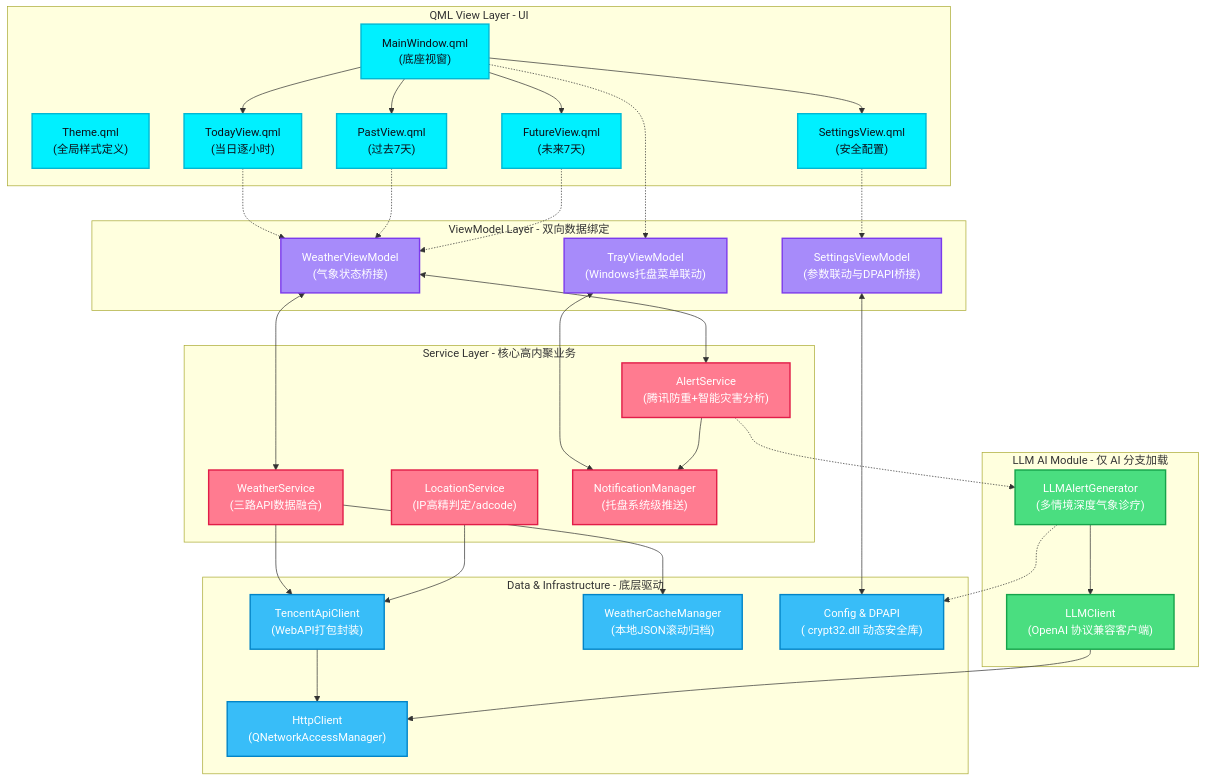
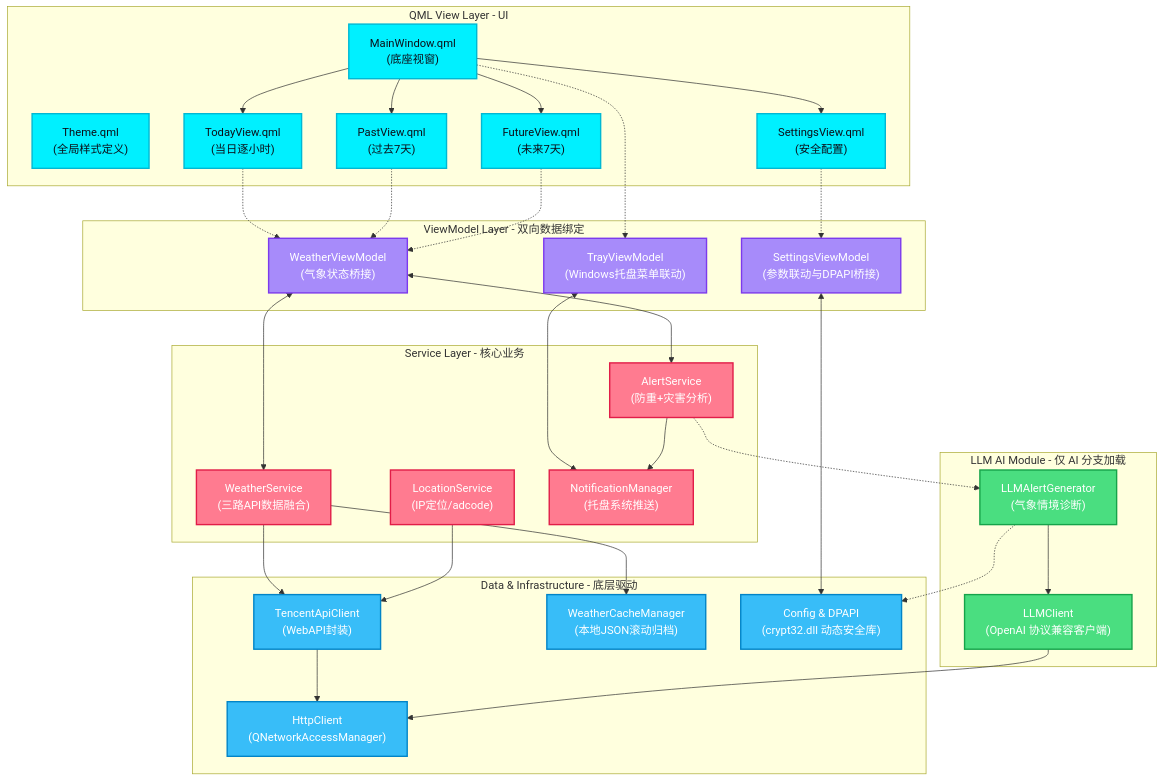
Before and after one commit to shimamuraDS/Nimbus: the diagram in README.md, drawn with Mermaid. The commit also changed other lines of this file, not shown here.

````diff
--- a/README.md
+++ b/README.md
@@ -165,76 +159,76 @@
 ```mermaid
 graph TD
     %% Define Styles
     classDef qml fill:#00f0ff,stroke:#00b8d4,stroke-width:2px,color:#0b0f19;
     classDef vm fill:#a78bfa,stroke:#7c3aed,stroke-width:2px,color:#ffffff;
     classDef svc fill:#ff7b90,stroke:#e11d48,stroke-width:2px,color:#ffffff;
     classDef data fill:#38bdf8,stroke:#0284c7,stroke-width:2px,color:#ffffff;
     classDef llm fill:#4ade80,stroke:#16a34a,stroke-width:2px,color:#ffffff;
 
     %% View Layer
     subgraph UI_Layer [QML View Layer - UI]
         Theme["Theme.qml<br>(全局样式定义)"]
         Main["MainWindow.qml<br>(底座视窗)"]
         T_View["TodayView.qml<br>(当日逐小时)"]
         P_View["PastView.qml<br>(过去7天)"]
         F_View["FutureView.qml<br>(未来7天)"]
         S_View["SettingsView.qml<br>(安全配置)"]
     end
 
     %% ViewModel Layer
     subgraph VM_Layer [ViewModel Layer - 双向数据绑定]
         WVM["WeatherViewModel<br>(气象状态桥接)"]
         SVM["SettingsViewModel<br>(参数联动与DPAPI桥接)"]
         TVM["TrayViewModel<br>(Windows托盘菜单联动)"]
     end
 
     %% Service Layer
-    subgraph SVC_Layer [Service Layer - 核心高内聚业务]
+    subgraph SVC_Layer [Service Layer - 核心业务]
         WS["WeatherService<br>(三路API数据融合)"]
-        LS["LocationService<br>(IP高精判定/adcode)"]
-        AS["AlertService<br>(腾讯防重+智能灾害分析)"]
-        NM["NotificationManager<br>(托盘系统级推送)"]
+        LS["LocationService<br>(IP定位/adcode)"]
+        AS["AlertService<br>(防重+灾害分析)"]
+        NM["NotificationManager<br>(托盘系统推送)"]
     end
 
     %% Data & Infrastructure Layer
     subgraph Infrastructure [Data & Infrastructure - 底层驱动]
         HC["HttpClient<br>(QNetworkAccessManager)"]
-        TAC["TencentApiClient<br>(WebAPI打包封装)"]
+        TAC["TencentApiClient<br>(WebAPI封装)"]
         WCM["WeatherCacheManager<br>(本地JSON滚动归档)"]
-        CONF["Config & DPAPI<br>( crypt32.dll 动态安全库)"]
+        CONF["Config & DPAPI<br>(crypt32.dll 动态安全库)"]
     end
 
     %% Conditional LLM Block
     subgraph AI_Module [LLM AI Module - 仅 AI 分支加载]
         LC["LLMClient<br>(OpenAI 协议兼容客户端)"]
-        AG["LLMAlertGenerator<br>(多情境深度气象诊疗)"]
+        AG["LLMAlertGenerator<br>(气象情境诊断)"]
     end
 
     %% Relations & Flow
     Main --> T_View & P_View & F_View & S_View
     T_View & P_View & F_View -.-> WVM
     S_View -.-> SVM
     Main -.-> TVM
 
     WVM <--> WS & AS
     SVM <--> CONF
     TVM <--> NM
 
     WS --> TAC & WCM
     LS --> TAC
     AS --> NM
     TAC --> HC
 
     %% LLM Connection
     AS -.-> AG
     AG --> LC
     LC --> HC
     AG -.-> CONF
 
     %% Applying Classes
     class Theme,Main,T_View,P_View,F_View,S_View qml;
     class WVM,SVM,TVM vm;
     class WS,LS,AS,NM svc;
     class HC,TAC,WCM,CONF data;
     class LC,AG llm;
 ```
````
